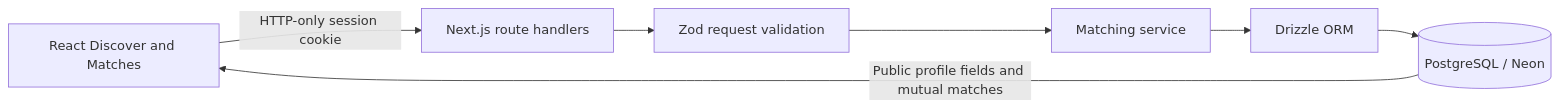
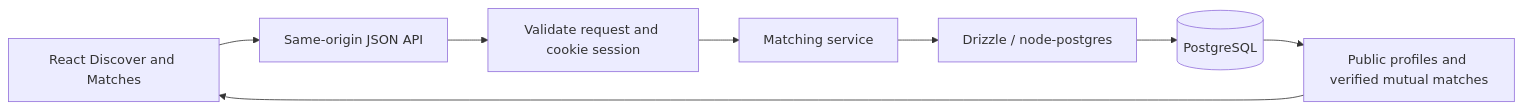
The diagram in README.md (parthgoyal26-03-2005/coy-discover-assignment), drawn with Mermaid before and after one commit. The commit also changed other lines of this file and 42 other files, not shown here.

````diff
--- a/README.md
+++ b/README.md
@@ -123,9 +45,10 @@
 ```mermaid
 flowchart LR
-    A[React Discover and Matches] -->|HTTP-only session cookie| B[Next.js route handlers]
-    B --> C[Zod request validation]
+    A[React Discover and Matches] --> B[Same-origin JSON API]
+    B --> C[Validate request and cookie session]
     C --> D[Matching service]
-    D --> E[Drizzle ORM]
-    E --> F[(PostgreSQL / Neon)]
-    F -->|Public profile fields and mutual matches| A
+    D --> E[Drizzle / node-postgres]
+    E --> F[(PostgreSQL)]
+    F --> G[Public profiles and verified mutual matches]
+    G --> A
 ```
````
